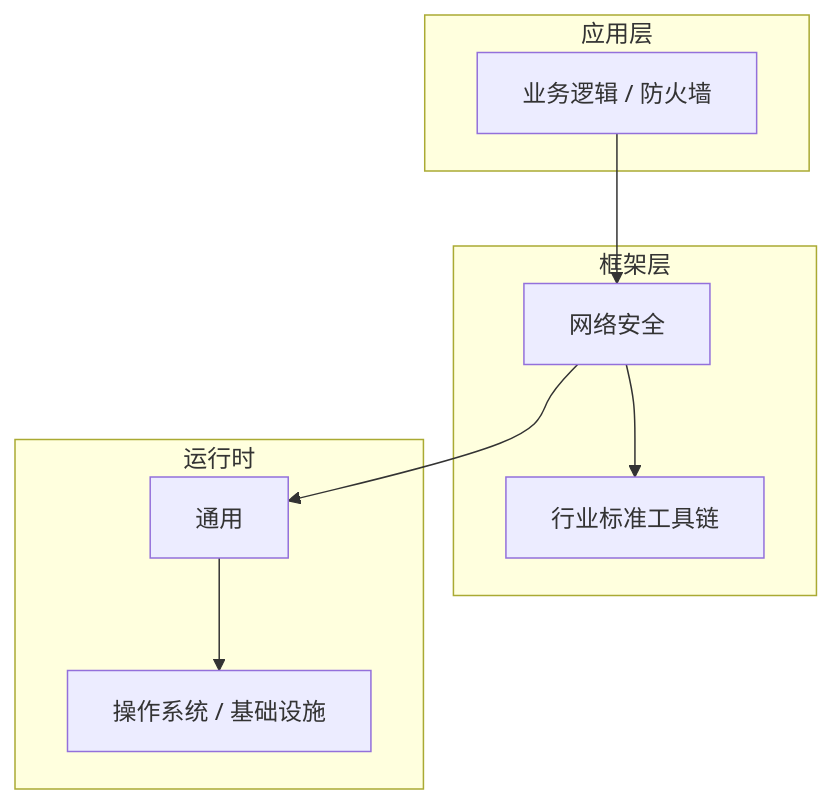
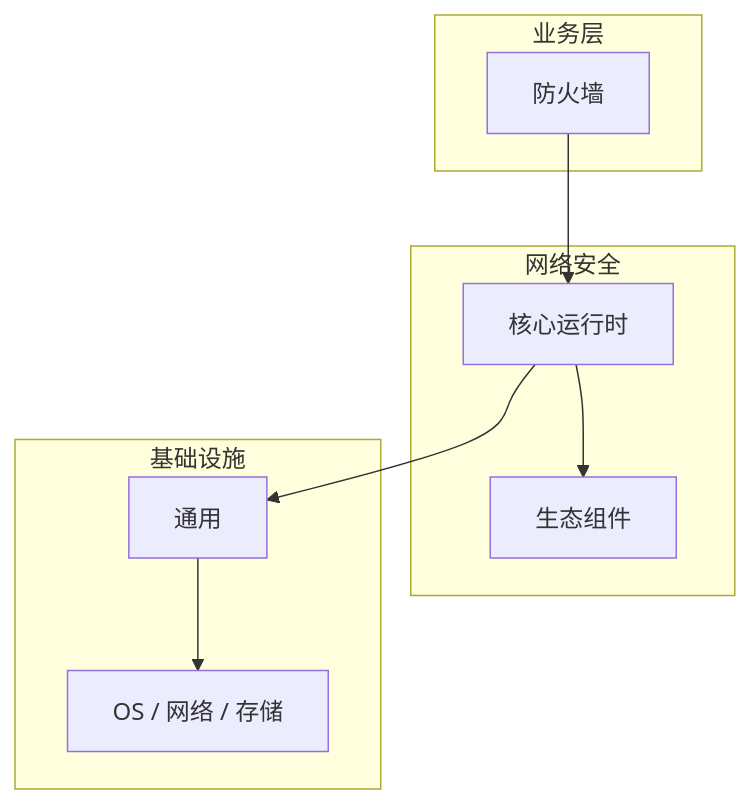
Before and after one commit to yanggan2015/knowledge-json-v2: the diagram in articles/网络安全/chapters/022-防火墙核心概念与原理.md, drawn with Mermaid. The commit also changed other lines of this file and 10127 other files, not shown here.

````diff
--- a/articles/网络安全/chapters/022-防火墙核心概念与原理.md
+++ b/articles/网络安全/chapters/022-防火墙核心概念与原理.md
@@ -46,18 +35,18 @@
 ```mermaid
 graph TB
-    subgraph 应用层
-        A[业务逻辑 / 防火墙]
+    subgraph 业务层
+        A[防火墙]
     end
-    subgraph 框架层
-        B[网络安全]
-        C[行业标准工具链]
+    subgraph 网络安全
+        B[核心运行时]
+        C[生态组件]
     end
-    subgraph 运行时
+    subgraph 基础设施
         D[通用]
-        E[操作系统 / 基础设施]
+        E[OS / 网络 / 存储]
     end
     A --> B
     B --> C
     B --> D
     D --> E
 ```
````
